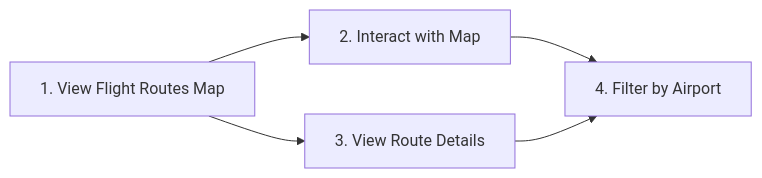
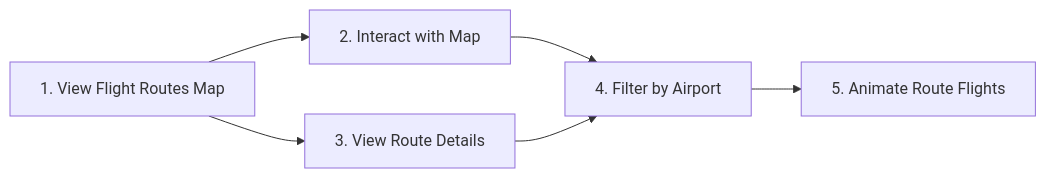
The first of 2 diagrams in react-deck-gl-spike/docs/implementation-plans/flights-visualization/README.md (cebartling/deck-gl-spikes), drawn with Mermaid before and after one commit. The commit also changed other lines of this file and 2 other files, not shown here.

````diff
--- a/react-deck-gl-spike/docs/implementation-plans/flights-visualization/README.md
+++ b/react-deck-gl-spike/docs/implementation-plans/flights-visualization/README.md
@@ -20,7 +21,8 @@
 ```mermaid
 graph LR
     A[1. View Flight Routes Map] --> B[2. Interact with Map]
     A --> C[3. View Route Details]
     B --> D[4. Filter by Airport]
     C --> D
+    D --> E[5. Animate Route Flights]
 ```
````
